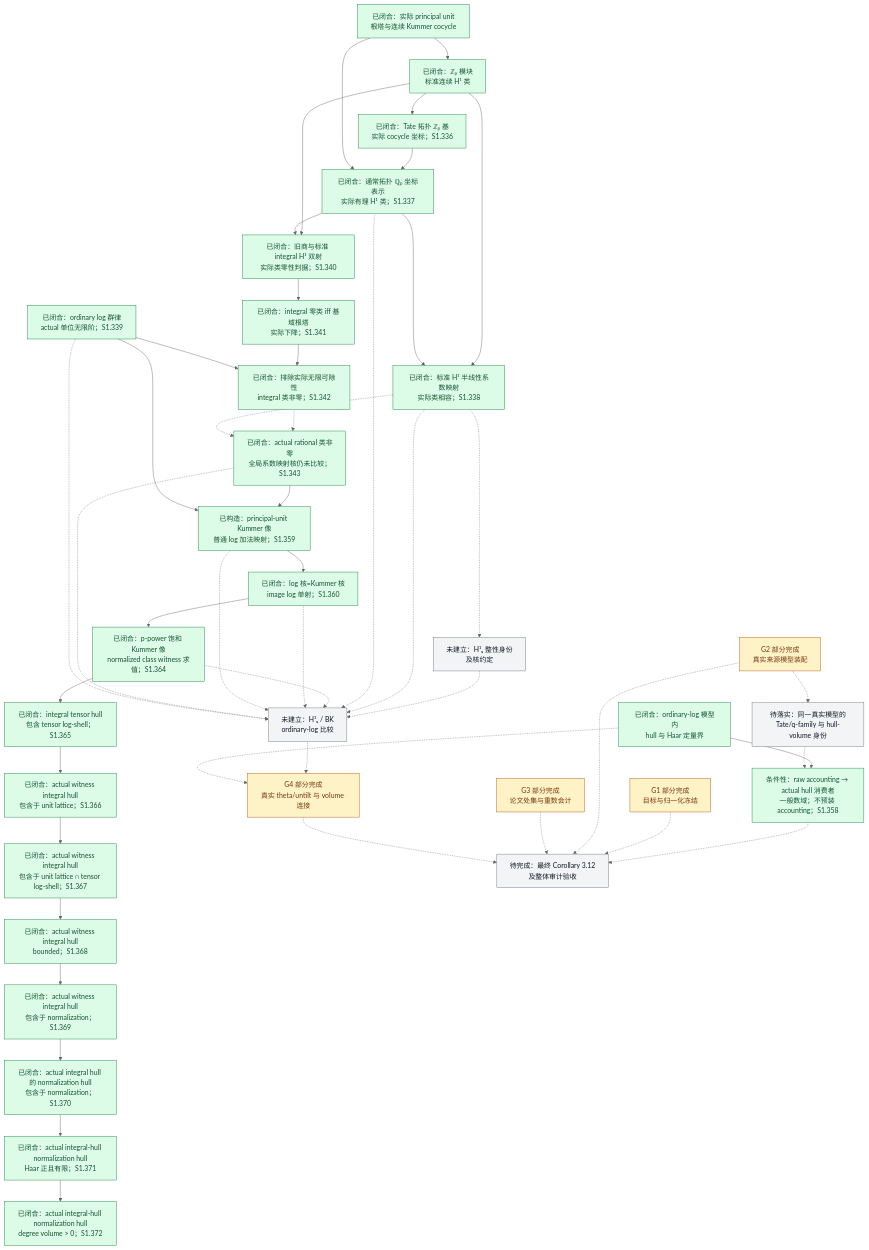
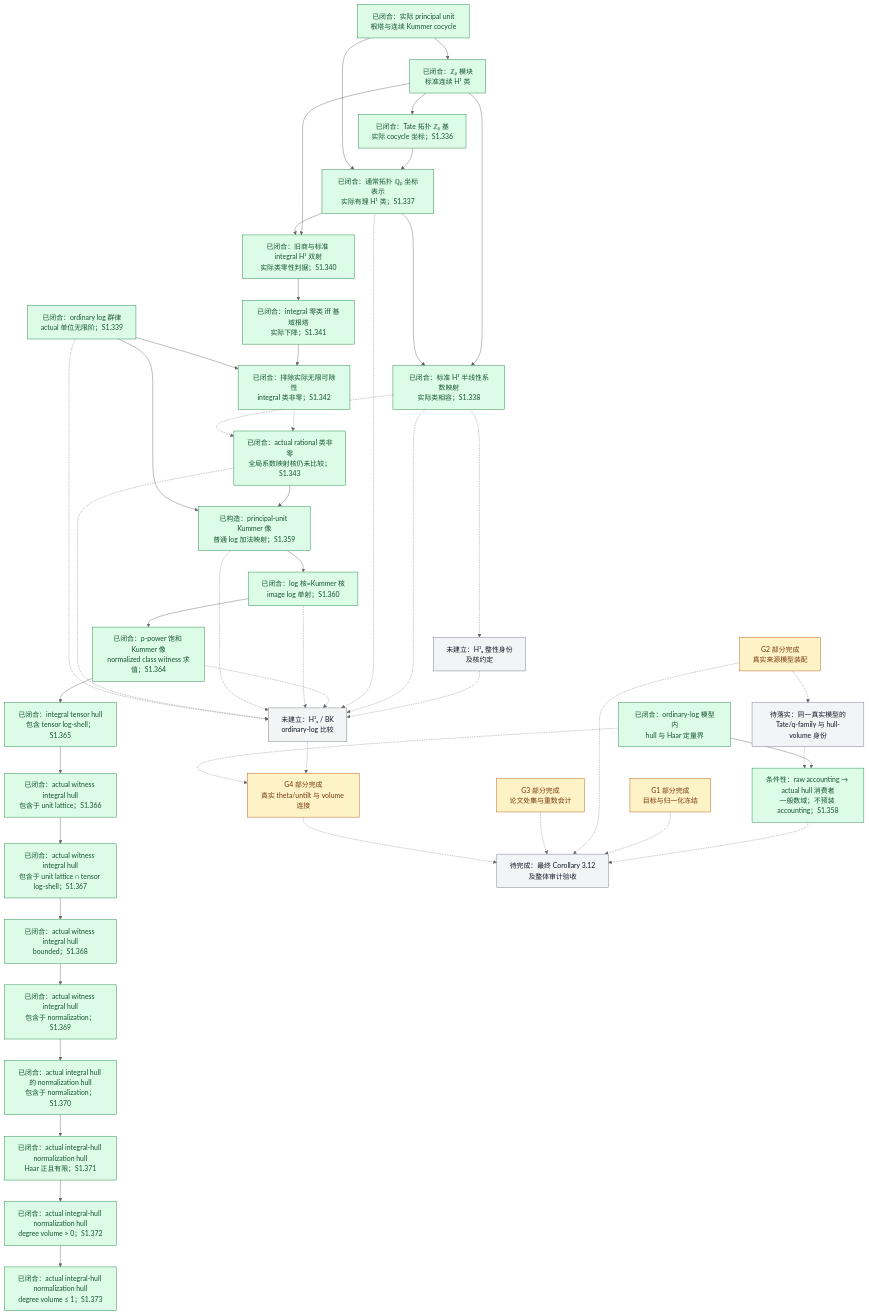
The diagram in docs/Scene1进度总览.md (Ember-Institute/KirtiJoshi-abc), drawn with Mermaid (neutral theme) before and after one commit. The commit also changed other lines of this file and 4 other files, not shown here.

Commit message:
Record S1.373 degree volume upper bound

```diff
--- a/docs/Scene1进度总览.md
+++ b/docs/Scene1进度总览.md
@@ -95,6 +95,7 @@
     TH["已闭合：actual integral hull 的 normalization hull<br/>包含于 normalization；S1.370"]
     HV["已闭合：actual integral-hull normalization hull<br/>Haar 正且有限；S1.371"]
     VP["已闭合：actual integral-hull normalization hull<br/>degree volume > 0；S1.372"]
+    VU["已闭合：actual integral-hull normalization hull<br/>degree volume ≤ 1；S1.373"]
     B["未建立：H¹ₑ / BK<br/>ordinary-log 比较"]
     H["已闭合：ordinary-log 模型内<br/>hull 与 Haar 定量界"]
     L["已闭合：ordinary log 群律<br/>actual 单位无限阶；S1.339"]
@@ -136,6 +137,7 @@
     TN --> TH
     TH --> HV
     HV --> VP
+    VP --> VU
     KK -.-> B
     KL -.-> B
     NQ -.-> B
@@ -157,7 +159,7 @@
     class K,Z,T,Q,H,I,L,C0,R0,N0 done;
     class G1,G2,G3,V partial;
     class J,B,C,VH open;
-    class RH,KS,TS,TU,TI,TB,TN,TH,HV,VP done;
+    class RH,KS,TS,TU,TI,TB,TN,TH,HV,VP,VU done;
     class KK done;
     class KL done;
     class NQ done;
```
